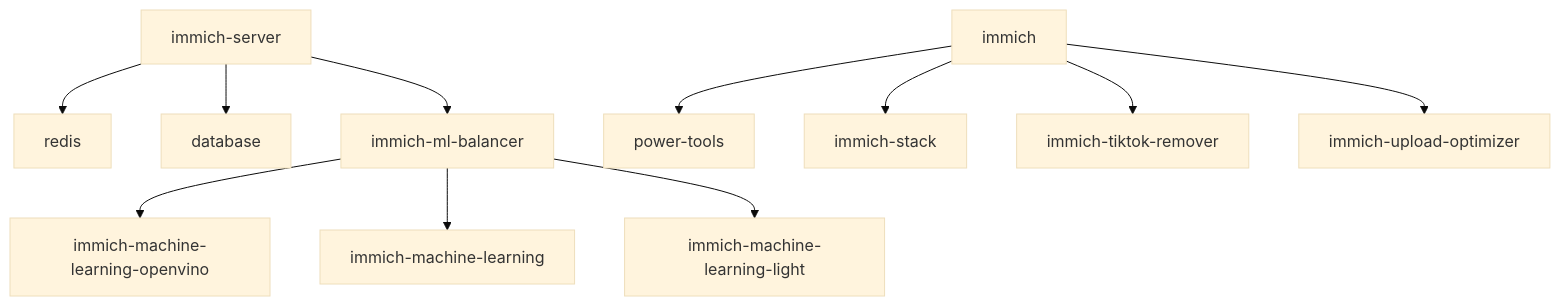
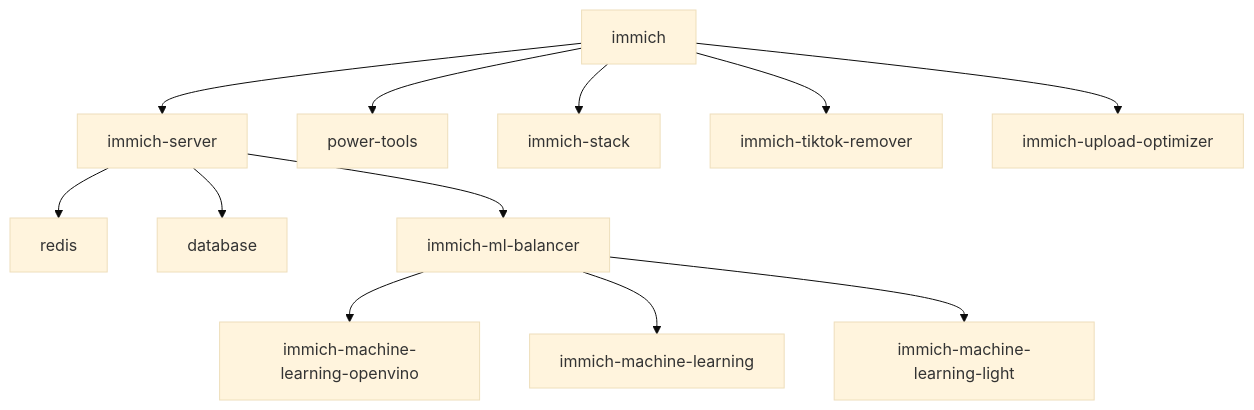
Before and after one commit to BenceGyurus/Homelab: the diagram in diagrams/immich.mmd, drawn with Mermaid (base theme). The commit also changed 2 other files, not shown here.

Commit message:
modify diagrams and add plexinc to torrent docker-compose

```diff
--- a/diagrams/immich.mmd
+++ b/diagrams/immich.mmd
@@ -1,11 +1,12 @@
 graph TD
+immich-->immich-server
 immich-server-->redis
 immich-server-->database
 immich-->power-tools
 immich-server-->immich-ml-balancer
 immich-ml-balancer-->immich-machine-learning-openvino
 immich-ml-balancer-->immich-machine-learning
 immich-ml-balancer-->immich-machine-learning-light
 immich-->immich-stack
 immich-->immich-tiktok-remover
 immich-->immich-upload-optimizer
```
